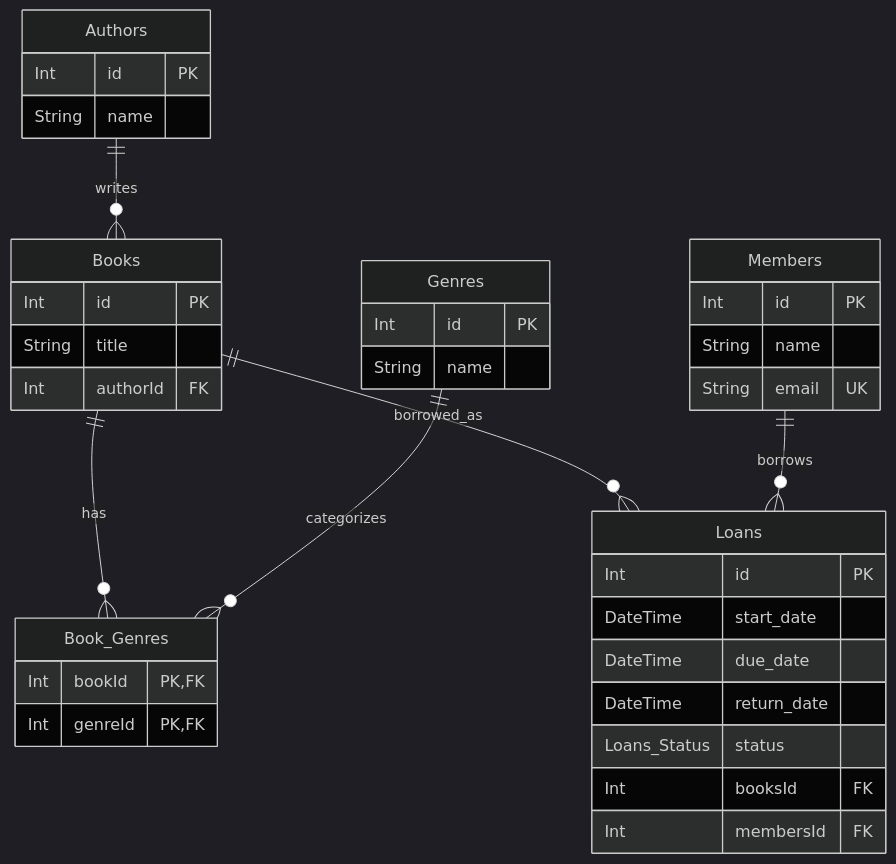
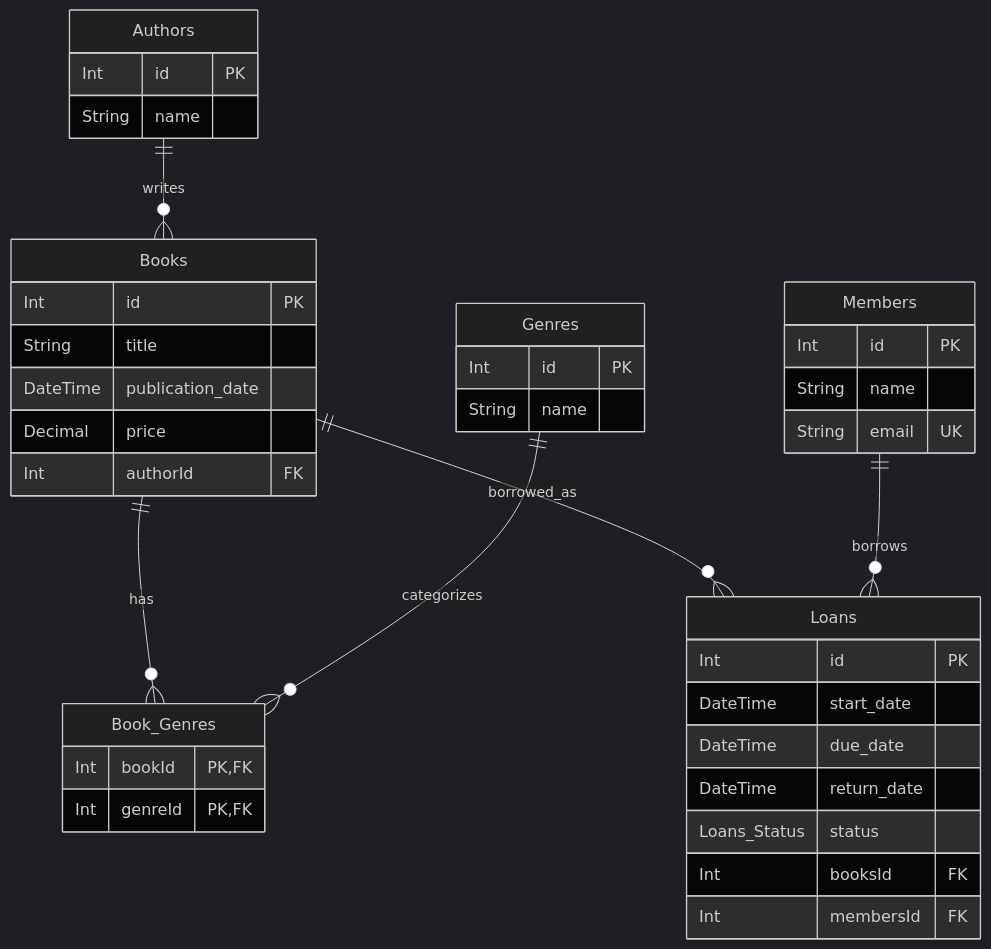
Before and after one commit to patriciaann-c/library-prisma: the diagram in README.md, drawn with Mermaid (dark theme). The commit also changed other lines of this file and 4 other files, not shown here.

Commit message:
added changes on schema and a file test-db.js for testing

````diff
--- a/README.md
+++ b/README.md
@@ -50,45 +51,47 @@
 ```mermaid
 erDiagram
     Authors ||--o{ Books : writes
     Books ||--o{ Book_Genres : has
     Genres ||--o{ Book_Genres : categorizes
     Books ||--o{ Loans : borrowed_as
     Members ||--o{ Loans : borrows
 
     Authors {
         Int id PK
         String name
     }
 
     Books {
         Int id PK
         String title
+        DateTime publication_date
+        Decimal price
         Int authorId FK
     }
 
     Genres {
         Int id PK
         String name
     }
 
     Book_Genres {
         Int bookId PK, FK
         Int genreId PK, FK
     }
 
     Members {
         Int id PK
         String name
         String email UK
     }
 
     Loans {
         Int id PK
         DateTime start_date
         DateTime due_date
         DateTime return_date
         Loans_Status status
         Int booksId FK
         Int membersId FK
     }
 ```
````
